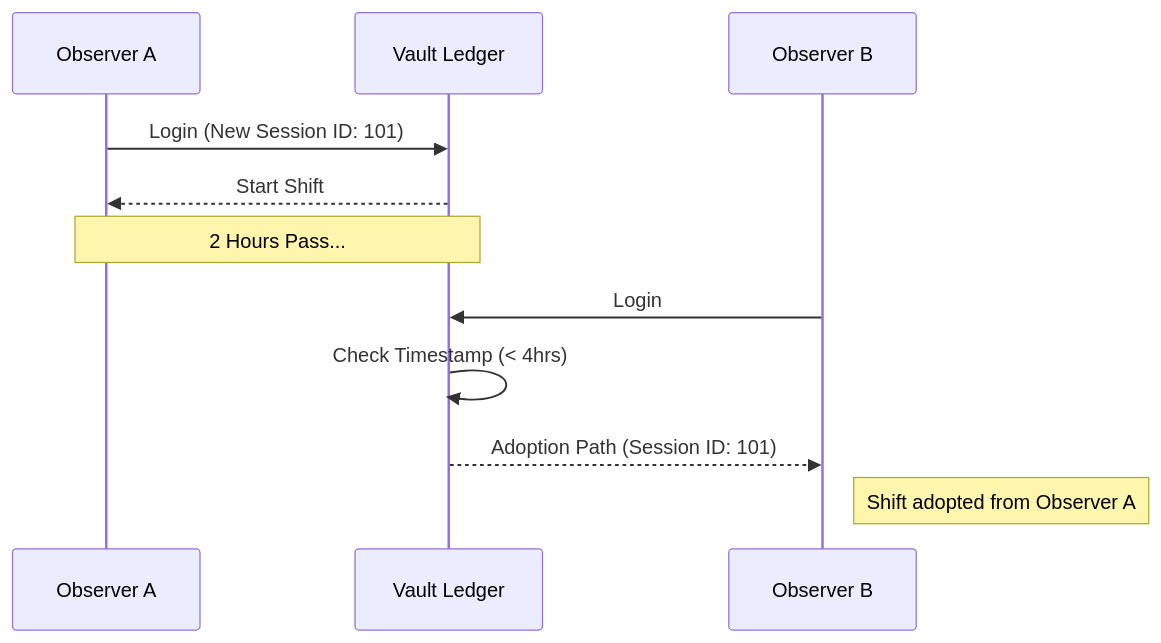
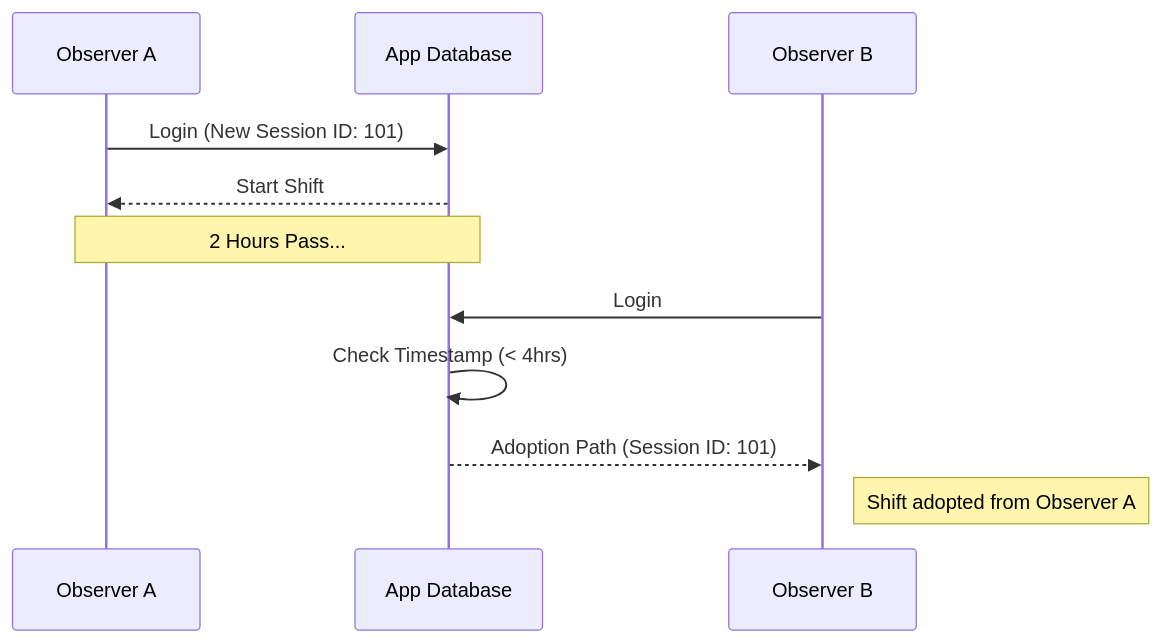
One commit to khowland/turtle-egg-incubator-vault changed the fourth of 4 diagrams in docs/design/SYSTEM_DESIGN_SPEC.md. Above: the diagram before and after it, drawn with Mermaid. The commit also changed other lines of this file and 8 other files, not shown here.

Commit message:
v8.1.3: Universal Terminology Purge. Replaced Vault/Ledger with Incubator/Records across all docs and UI for volunteer clarity.

````diff
--- a/docs/design/SYSTEM_DESIGN_SPEC.md
+++ b/docs/design/SYSTEM_DESIGN_SPEC.md
@@ -83,14 +83,14 @@
 ```mermaid
 sequenceDiagram
     participant O1 as Observer A
-    participant DB as Vault Ledger
+    participant DB as App Database
     participant O2 as Observer B
     
     O1->>DB: Login (New Session ID: 101)
     DB-->>O1: Start Shift
     Note over O1,DB: 2 Hours Pass...
     O2->>DB: Login
     DB->>DB: Check Timestamp (< 4hrs)
     DB-->>O2: Adoption Path (Session ID: 101)
     Note right of O2: Shift adopted from Observer A
 ```
````
